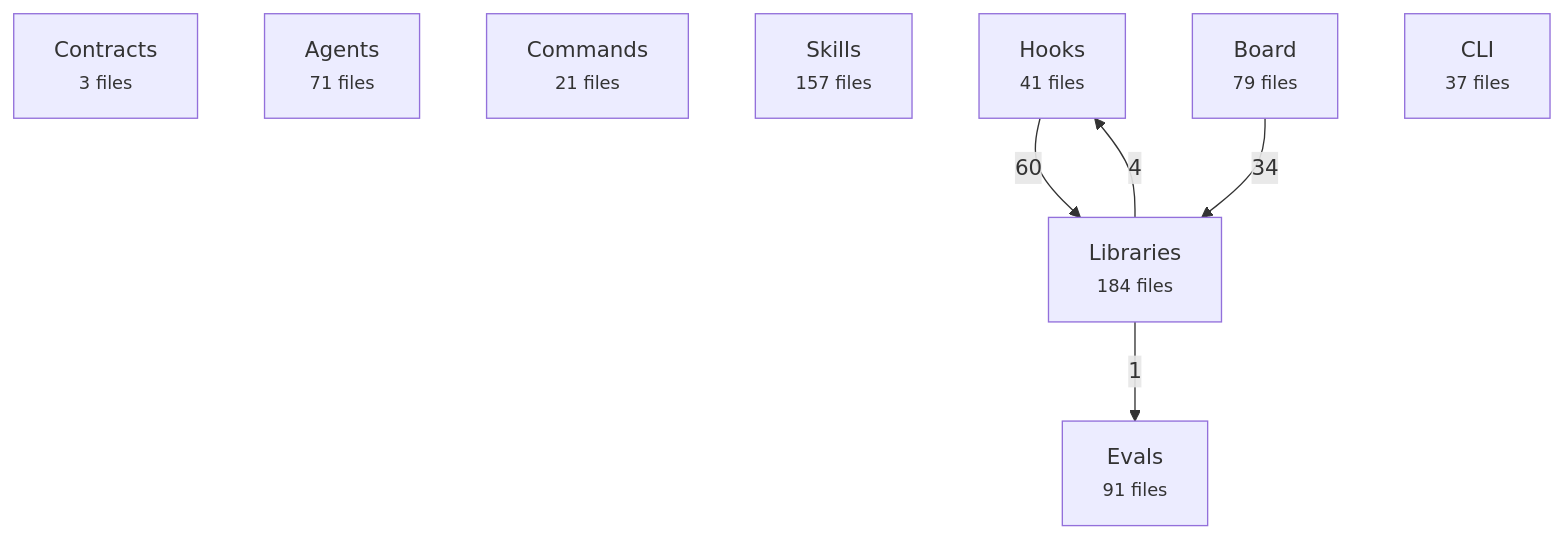
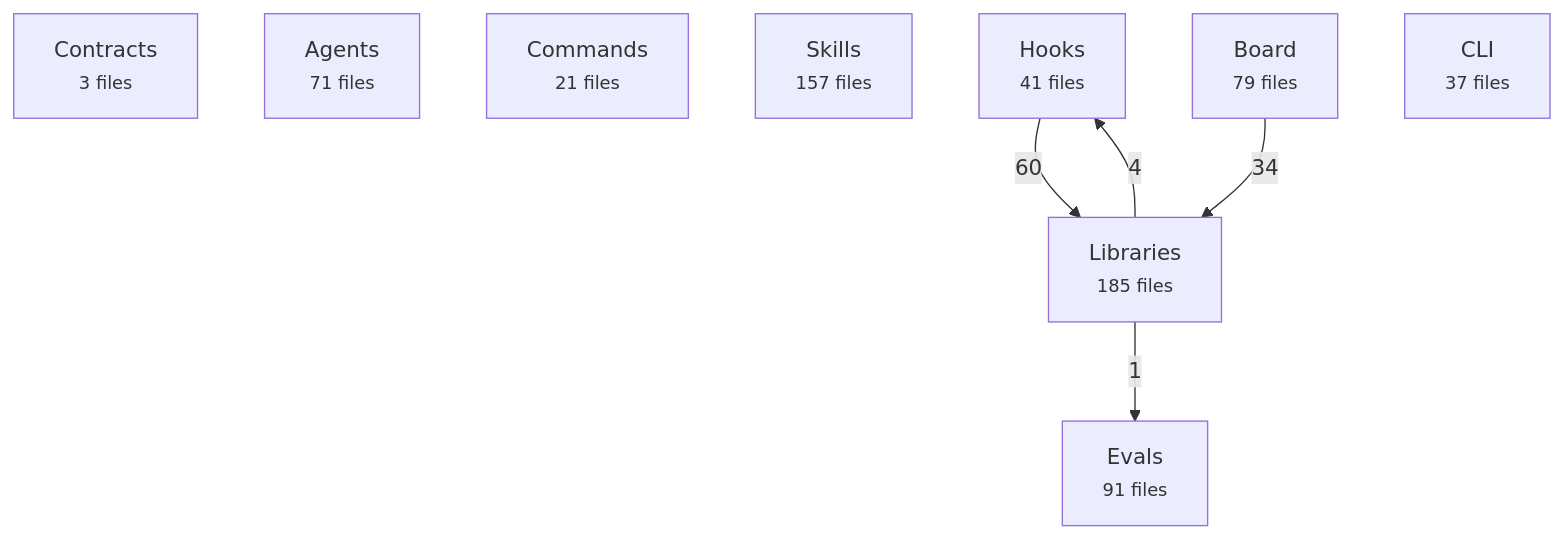
One commit to avelikiy/great_cto changed the first of 2 diagrams in docs/reference/architecture-map.md. Above: the diagram before and after it, drawn with Mermaid. The commit also changed other lines of this file and 6 other files, not shown here.

````diff
--- a/docs/reference/architecture-map.md
+++ b/docs/reference/architecture-map.md
@@ -20,16 +20,16 @@
 ```mermaid
 flowchart TD
   contracts["Contracts<br/><small>3 files</small>"]
   agents["Agents<br/><small>71 files</small>"]
   commands["Commands<br/><small>21 files</small>"]
   skills["Skills<br/><small>157 files</small>"]
   hooks["Hooks<br/><small>41 files</small>"]
-  libs["Libraries<br/><small>184 files</small>"]
+  libs["Libraries<br/><small>185 files</small>"]
   board["Board<br/><small>79 files</small>"]
   cli["CLI<br/><small>37 files</small>"]
   evals["Evals<br/><small>91 files</small>"]
   hooks -->|60| libs
   board -->|34| libs
   libs -->|4| hooks
   libs -->|1| evals
 ```
````
